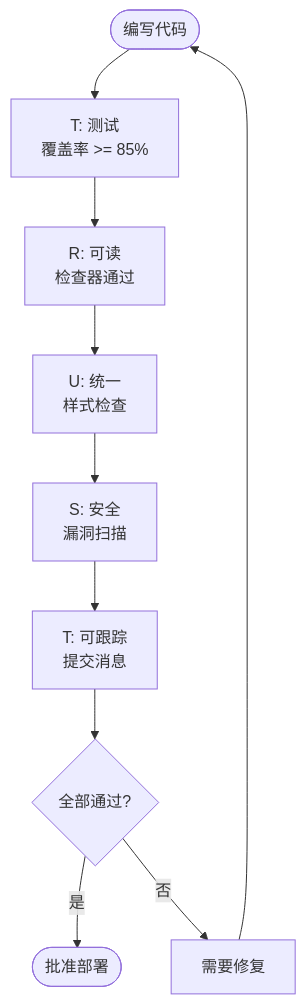
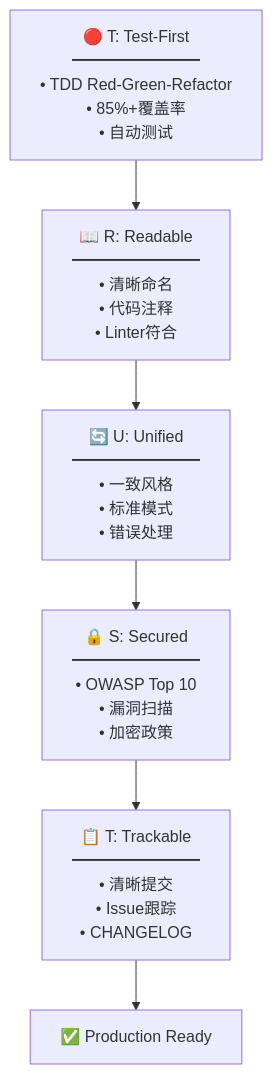
Before and after one commit to modu-ai/moai-adk: the diagram in README.zh.md, drawn with Mermaid. The commit also changed other lines of this file and 4 other files, not shown here.

````diff
--- a/README.zh.md
+++ b/README.zh.md
@@ -2076,12 +804,10 @@
 ```mermaid
-flowchart TD
-    Start([编写代码]) --> T[T: 测试<br/>覆盖率 >= 85%]
-    T --> R[R: 可读<br/>检查器通过]
-    R --> U[U: 统一<br/>样式检查]
-    U --> S[S: 安全<br/>漏洞扫描]
-    S --> T2[T: 可跟踪<br/>提交消息]
-    T2 --> Pass{全部通过?}
-    Pass -->|是| Success([批准部署])
-    Pass -->|否| Fix[需要修复]
-    Fix --> Start
+graph TD
+    T1["🔴 T: Test-First<br/>━━━━━━━━<br/>• TDD Red-Green-Refactor<br/>• 85%+覆盖率<br/>• 自动测试"]
+    R["📖 R: Readable<br/>━━━━━━━━<br/>• 清晰命名<br/>• 代码注释<br/>• Linter符合"]
+    U["🔄 U: Unified<br/>━━━━━━━━<br/>• 一致风格<br/>• 标准模式<br/>• 错误处理"]
+    S["🔒 S: Secured<br/>━━━━━━━━<br/>• OWASP Top 10<br/>• 漏洞扫描<br/>• 加密政策"]
+    T2["📋 T: Trackable<br/>━━━━━━━━<br/>• 清晰提交<br/>• Issue跟踪<br/>• CHANGELOG"]
+
+    T1 --> R --> U --> S --> T2 --> Deploy["✅ Production Ready"]
 ```
````
